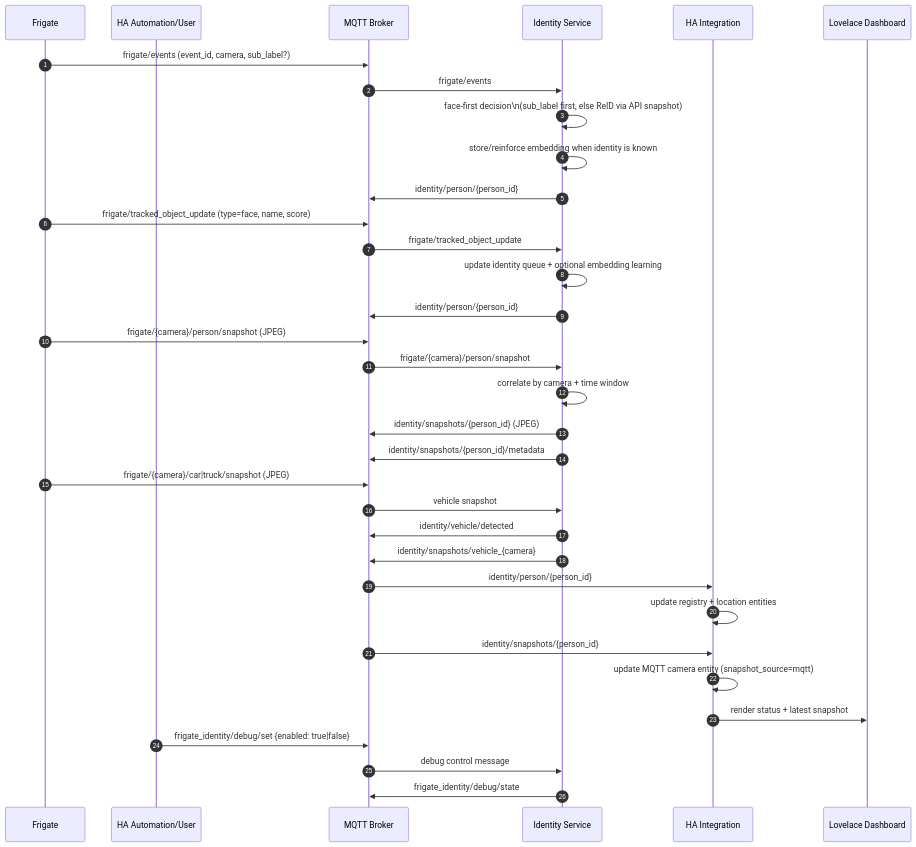
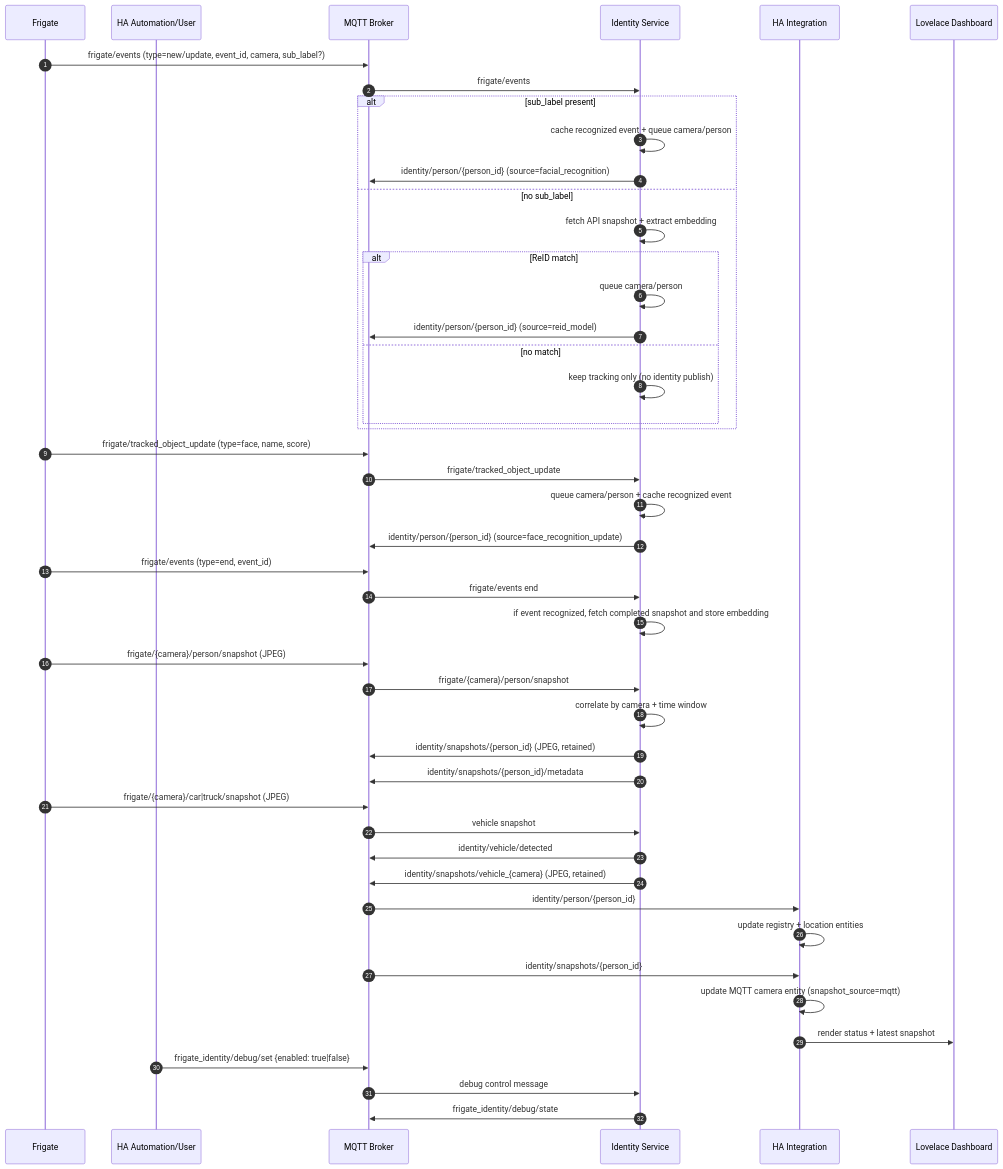
Before and after one commit to awayman/frigate_identity_service: the second of 2 diagrams in README.md, drawn with Mermaid. The commit also changed other lines of this file, not shown here.

Commit message:
docs: Update flowchart and sequence diagram in README for improved clarity on identity service processes

````diff
--- a/README.md
+++ b/README.md
@@ -142,44 +158,57 @@
 ```mermaid
 sequenceDiagram
   autonumber
   participant F as Frigate
   participant A as HA Automation/User
   participant M as MQTT Broker
   participant S as Identity Service
   participant H as HA Integration
   participant D as Lovelace Dashboard
 
-  F->>M: frigate/events (event_id, camera, sub_label?)
+  F->>M: frigate/events (type=new/update, event_id, camera, sub_label?)
   M->>S: frigate/events
-  S->>S: face-first decision\n(sub_label first, else ReID via API snapshot)
-  S->>S: store/reinforce embedding when identity is known
-  S->>M: identity/person/{person_id}
+  alt sub_label present
+    S->>S: cache recognized event + queue camera/person
+    S->>M: identity/person/{person_id} (source=facial_recognition)
+  else no sub_label
+    S->>S: fetch API snapshot + extract embedding
+    alt ReID match
+      S->>S: queue camera/person
+      S->>M: identity/person/{person_id} (source=reid_model)
+    else no match
+      S->>S: keep tracking only (no identity publish)
+    end
+  end
 
   F->>M: frigate/tracked_object_update (type=face, name, score)
   M->>S: frigate/tracked_object_update
-  S->>S: update identity queue + optional embedding learning
-  S->>M: identity/person/{person_id}
+  S->>S: queue camera/person + cache recognized event
+  S->>M: identity/person/{person_id} (source=face_recognition_update)
+
+  F->>M: frigate/events (type=end, event_id)
+  M->>S: frigate/events end
+  S->>S: if event recognized, fetch completed snapshot and store embedding
 
   F->>M: frigate/{camera}/person/snapshot (JPEG)
   M->>S: frigate/{camera}/person/snapshot
   S->>S: correlate by camera + time window
-  S->>M: identity/snapshots/{person_id} (JPEG)
+  S->>M: identity/snapshots/{person_id} (JPEG, retained)
   S->>M: identity/snapshots/{person_id}/metadata
 
   F->>M: frigate/{camera}/car|truck/snapshot (JPEG)
   M->>S: vehicle snapshot
   S->>M: identity/vehicle/detected
-  S->>M: identity/snapshots/vehicle_{camera}
+  S->>M: identity/snapshots/vehicle_{camera} (JPEG, retained)
 
   M->>H: identity/person/{person_id}
   H->>H: update registry + location entities
 
   M->>H: identity/snapshots/{person_id}
   H->>H: update MQTT camera entity (snapshot_source=mqtt)
 
   H->>D: render status + latest snapshot
 
   A->>M: frigate_identity/debug/set {enabled: true|false}
   M->>S: debug control message
   S->>M: frigate_identity/debug/state
 ```
````
